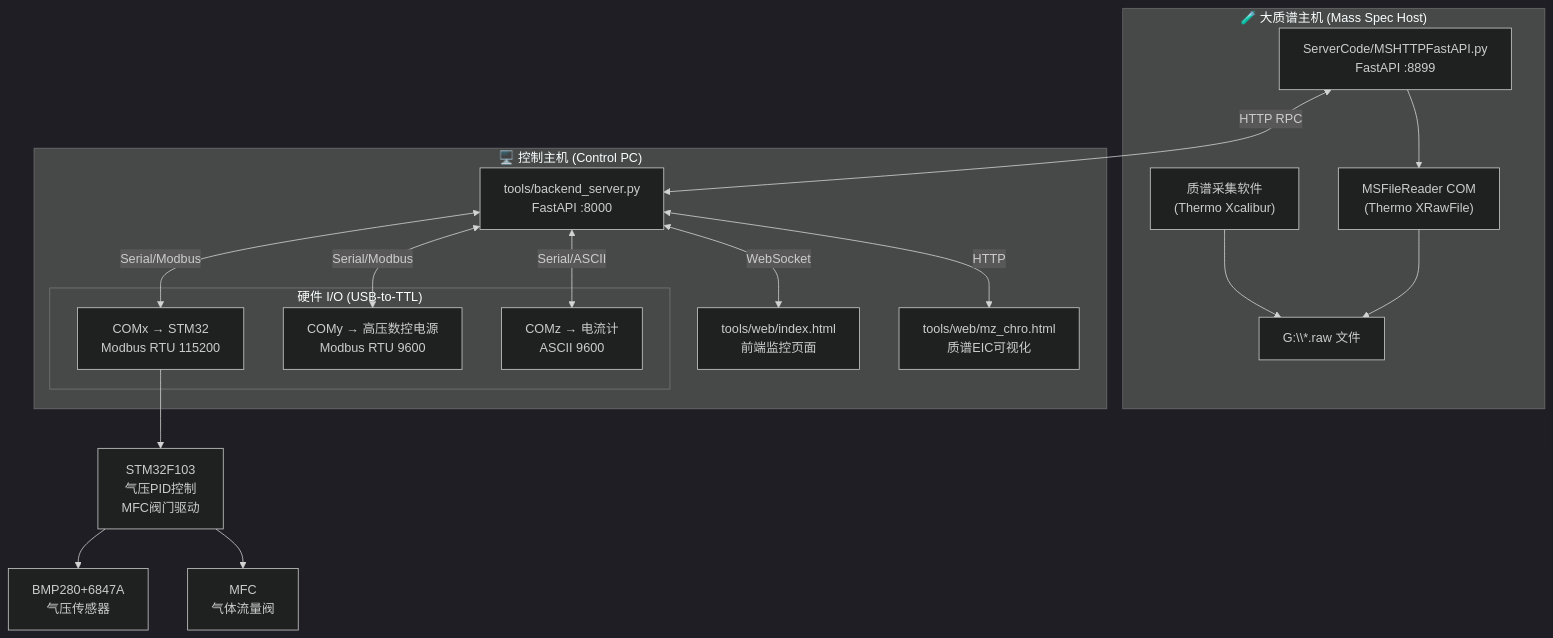
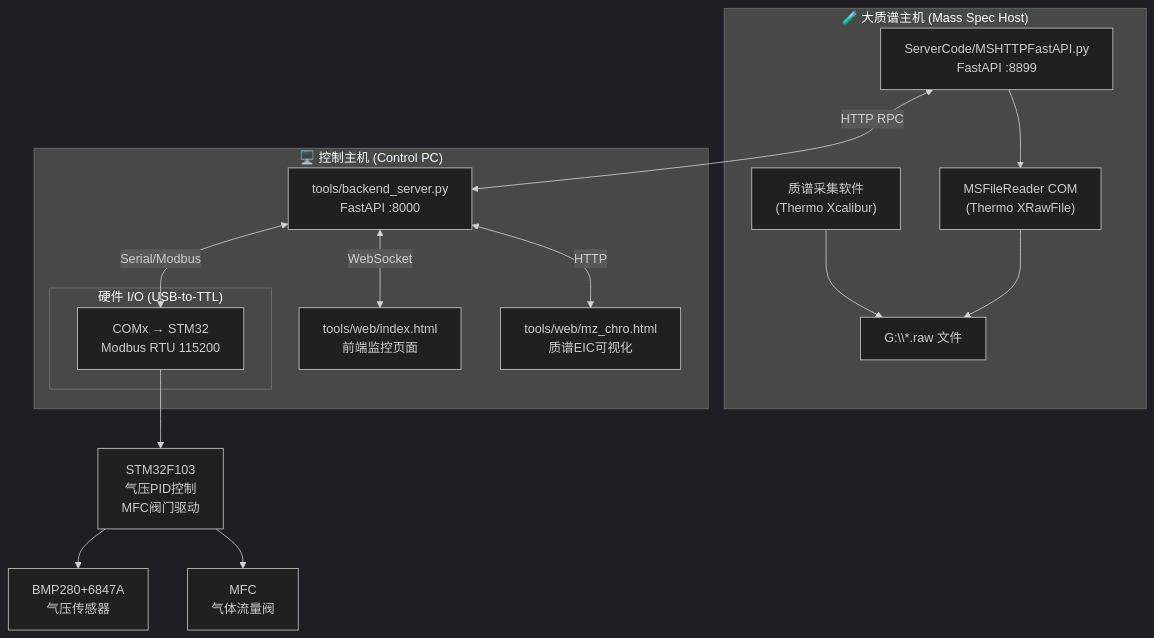
The diagram in README.md (zhangzhengyu2001/ThermalDataTransport_New), drawn with Mermaid (dark theme) before and after one commit. The commit also changed other lines of this file and 7 other files, not shown here.

````diff
--- a/README.md
+++ b/README.md
@@ -9,35 +9,31 @@
 ```mermaid
 flowchart TB
     subgraph MS_Host["🧪 大质谱主机 (Mass Spec Host)"]
         MS_SW["质谱采集软件<br/>(Thermo Xcalibur)"]
         MS_API["ServerCode/MSHTTPFastAPI.py<br/>FastAPI :8899"]
         MS_RAW["G:\\*.raw 文件"]
         MS_COM["MSFileReader COM<br/>(Thermo XRawFile)"]
     end
 
     subgraph Ctrl_PC["🖥️ 控制主机 (Control PC)"]
         BACKEND["tools/backend_server.py<br/>FastAPI :8000"]
         WEB["tools/web/index.html<br/>前端监控页面"]
         MZ_PAGE["tools/web/mz_chro.html<br/>质谱EIC可视化"]
 
         subgraph HW_IO["硬件 I/O (USB-to-TTL)"]
             STM32_COM["COMx → STM32<br/>Modbus RTU 115200"]
-            POWER_COM["COMy → 高压数控电源<br/>Modbus RTU 9600"]
-            CURRENT_COM["COMz → 电流计<br/>ASCII 9600"]
         end
     end
 
     MS_SW --> MS_RAW
     MS_API --> MS_COM
     MS_COM --> MS_RAW
     MS_API <-->|HTTP RPC| BACKEND
     BACKEND <-->|WebSocket| WEB
     BACKEND <-->|HTTP| MZ_PAGE
     BACKEND <-->|Serial/Modbus| STM32_COM
-    BACKEND <-->|Serial/Modbus| POWER_COM
-    BACKEND <-->|Serial/ASCII| CURRENT_COM
 
     STM32_COM --> STM32_MCU["STM32F103<br/>气压PID控制<br/>MFC阀门驱动"]
     STM32_MCU --> BMP280+6847A["BMP280+6847A<br/>气压传感器"]
     STM32_MCU --> MFC_Valve["MFC<br/>气体流量阀"]
 ```
````
